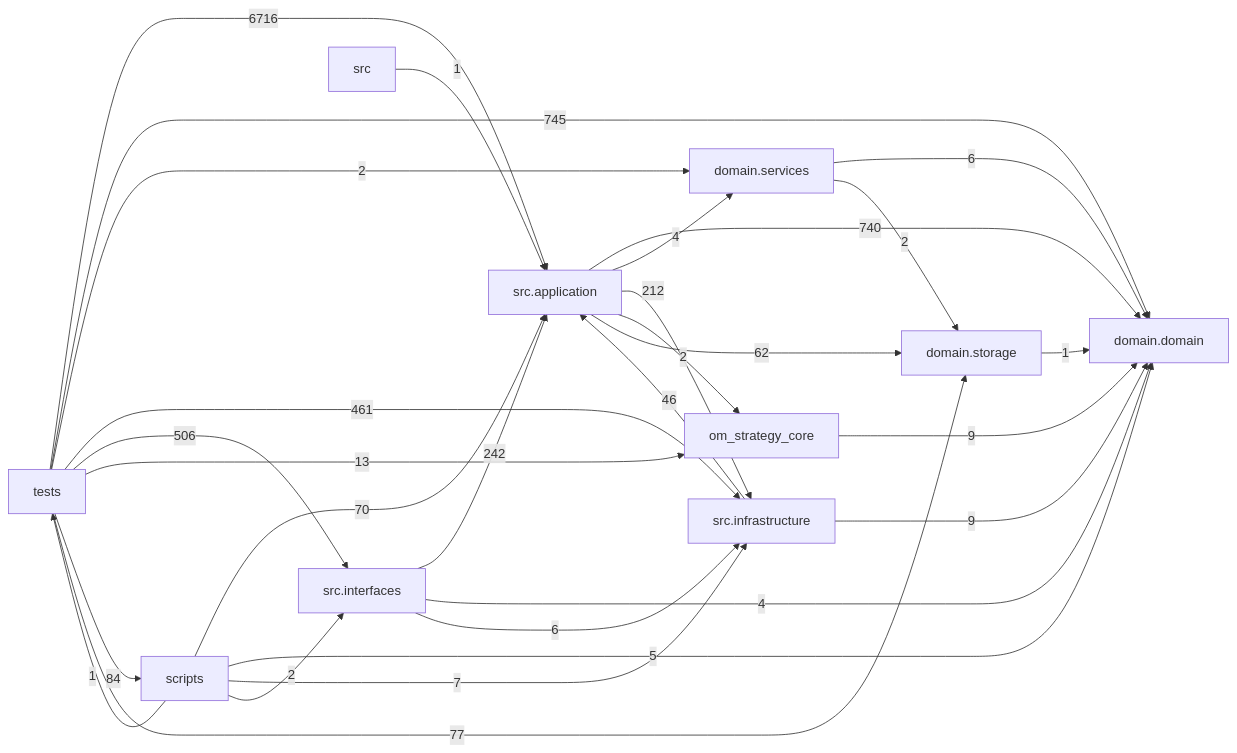
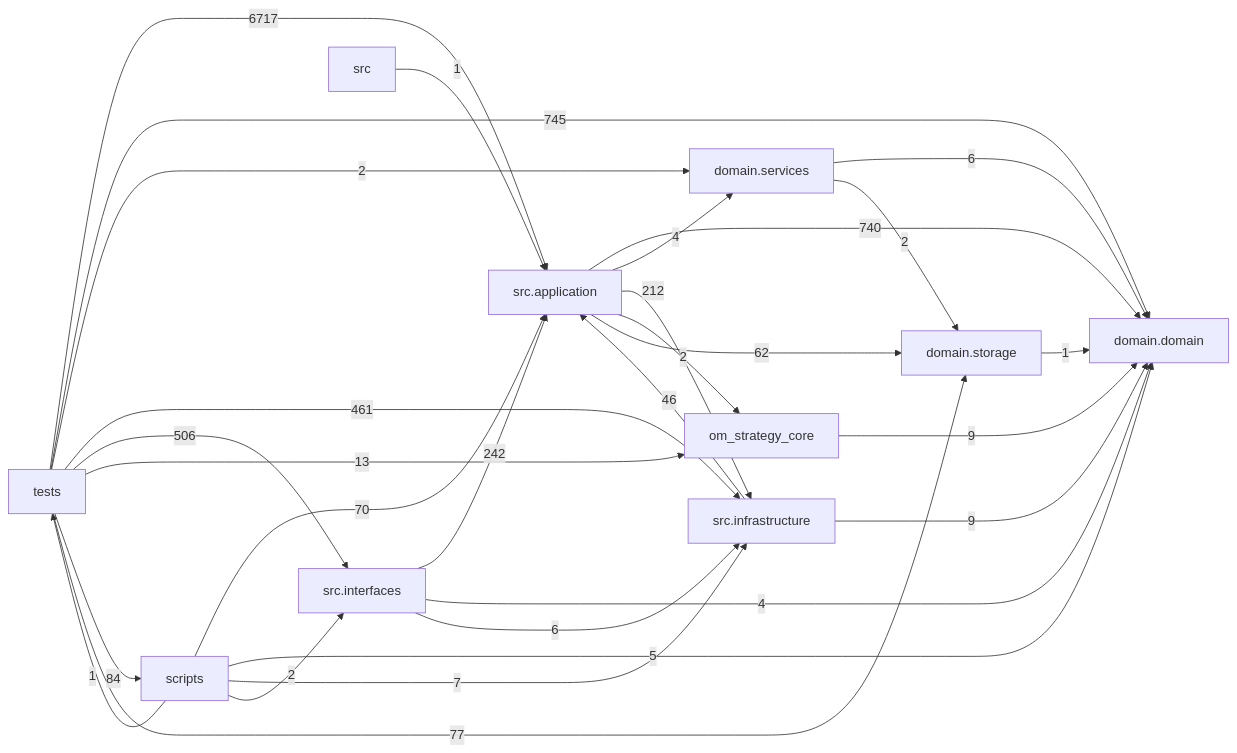
Before and after one commit to liuxie066/options-monitor: the diagram in docs/DEPENDENCY_GRAPH.md, drawn with Mermaid. The commit also changed other lines of this file and 1 other file, not shown here.

````diff
--- a/docs/DEPENDENCY_GRAPH.md
+++ b/docs/DEPENDENCY_GRAPH.md
@@ -24,39 +24,39 @@
 ```mermaid
 flowchart LR
   tests["tests"]
   scripts["scripts"]
   interfaces["src.interfaces"]
   application["src.application"]
   infrastructure["src.infrastructure"]
   domain_services["domain.services"]
   domain["domain.domain"]
   storage["domain.storage"]
   application -->|740| domain
   application -->|4| domain_services
   application -->|212| infrastructure
   application -->|2| om_strategy_core
   application -->|62| storage
   domain_services -->|6| domain
   domain_services -->|2| storage
   infrastructure -->|46| application
   infrastructure -->|9| domain
   interfaces -->|242| application
   interfaces -->|4| domain
   interfaces -->|6| infrastructure
   om_strategy_core -->|9| domain
   scripts -->|70| application
   scripts -->|5| domain
   scripts -->|7| infrastructure
   scripts -->|2| interfaces
   scripts -->|1| tests
   src -->|1| application
   storage -->|1| domain
-  tests -->|6716| application
+  tests -->|6717| application
   tests -->|745| domain
   tests -->|2| domain_services
   tests -->|461| infrastructure
   tests -->|506| interfaces
   tests -->|13| om_strategy_core
   tests -->|84| scripts
   tests -->|77| storage
 ```
````
